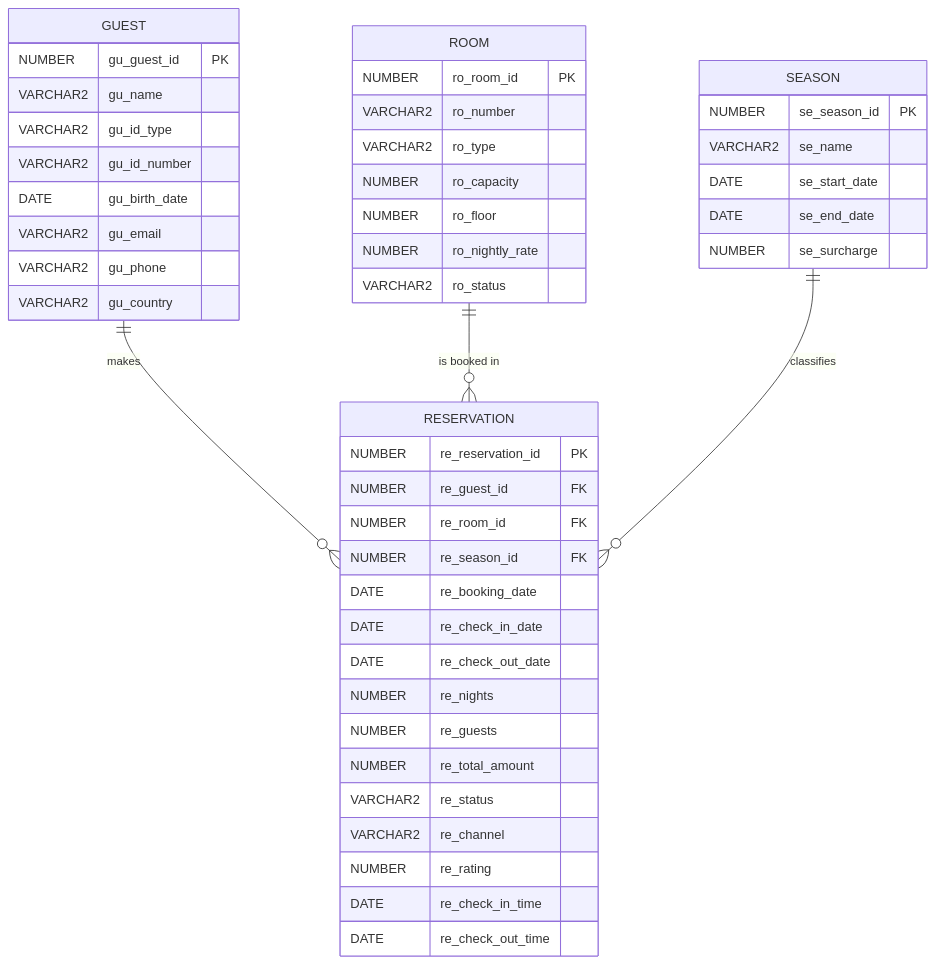
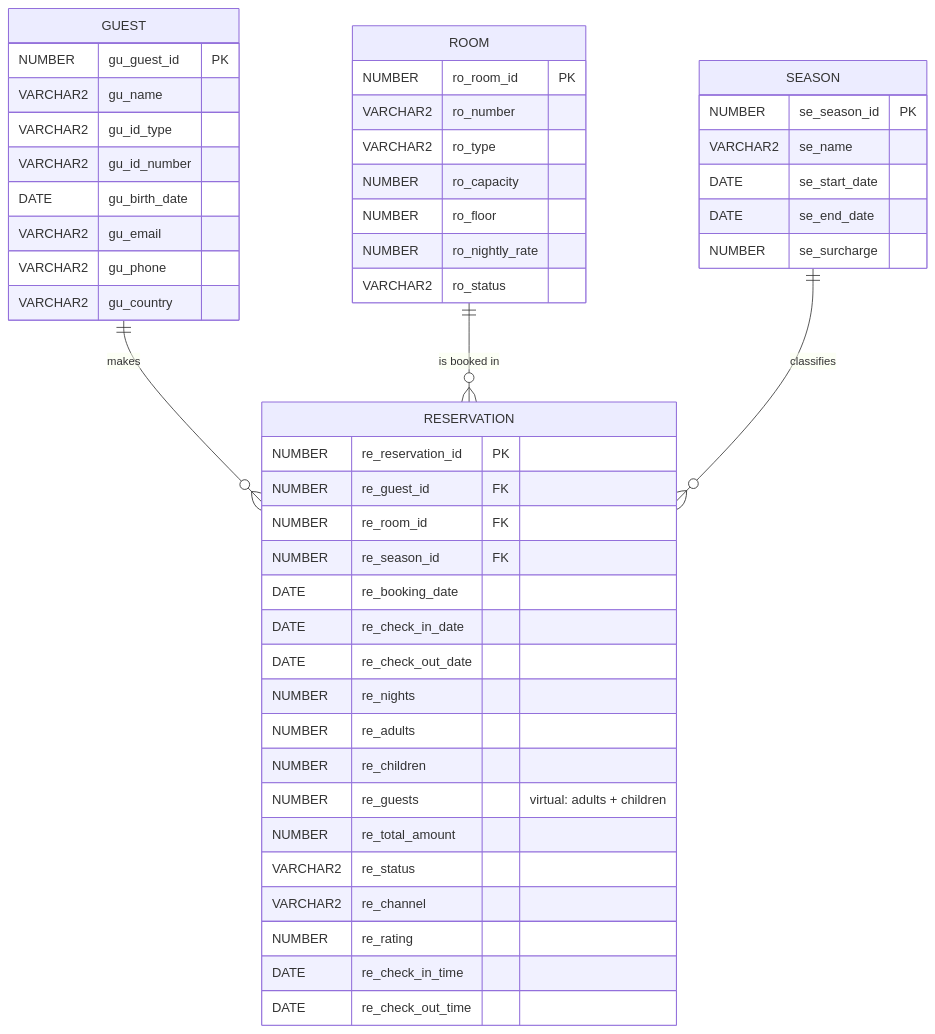
The first of 2 diagrams in README.md (shenaoferna/celosia-hotel-BI), drawn with Mermaid before and after one commit. The commit also changed other lines of this file and 13 other files, not shown here.

Commit message:
Gold palette, adults and children, minors check-in control

````diff
--- a/README.md
+++ b/README.md
@@ -105,50 +105,52 @@
 ```mermaid
 erDiagram
     GUEST ||--o{ RESERVATION : "makes"
     ROOM ||--o{ RESERVATION : "is booked in"
     SEASON ||--o{ RESERVATION : "classifies"
 
     GUEST {
         NUMBER gu_guest_id PK
         VARCHAR2 gu_name
         VARCHAR2 gu_id_type
         VARCHAR2 gu_id_number
         DATE gu_birth_date
         VARCHAR2 gu_email
         VARCHAR2 gu_phone
         VARCHAR2 gu_country
     }
     ROOM {
         NUMBER ro_room_id PK
         VARCHAR2 ro_number
         VARCHAR2 ro_type
         NUMBER ro_capacity
         NUMBER ro_floor
         NUMBER ro_nightly_rate
         VARCHAR2 ro_status
     }
     SEASON {
         NUMBER se_season_id PK
         VARCHAR2 se_name
         DATE se_start_date
         DATE se_end_date
         NUMBER se_surcharge
     }
     RESERVATION {
         NUMBER re_reservation_id PK
         NUMBER re_guest_id FK
         NUMBER re_room_id FK
         NUMBER re_season_id FK
         DATE re_booking_date
         DATE re_check_in_date
         DATE re_check_out_date
         NUMBER re_nights
-        NUMBER re_guests
+        NUMBER re_adults
+        NUMBER re_children
+        NUMBER re_guests "virtual: adults + children"
         NUMBER re_total_amount
         VARCHAR2 re_status
         VARCHAR2 re_channel
         NUMBER re_rating
         DATE re_check_in_time
         DATE re_check_out_time
     }
 ```
````
